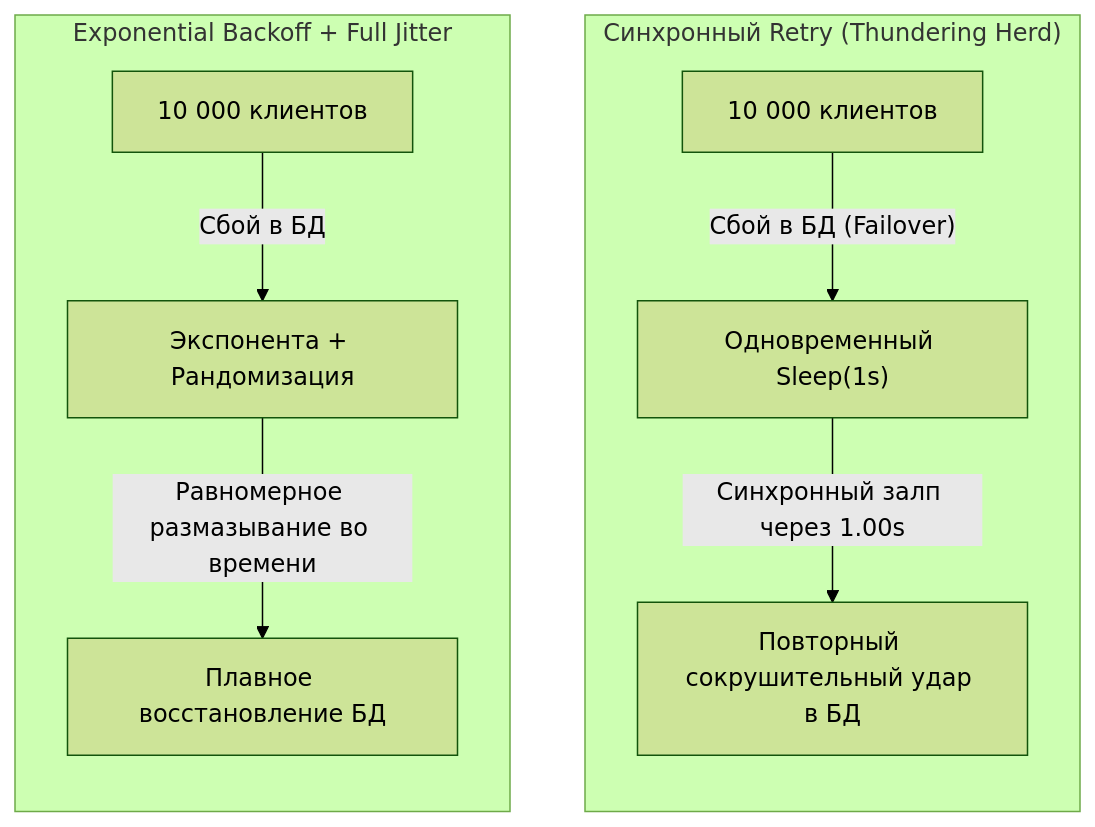
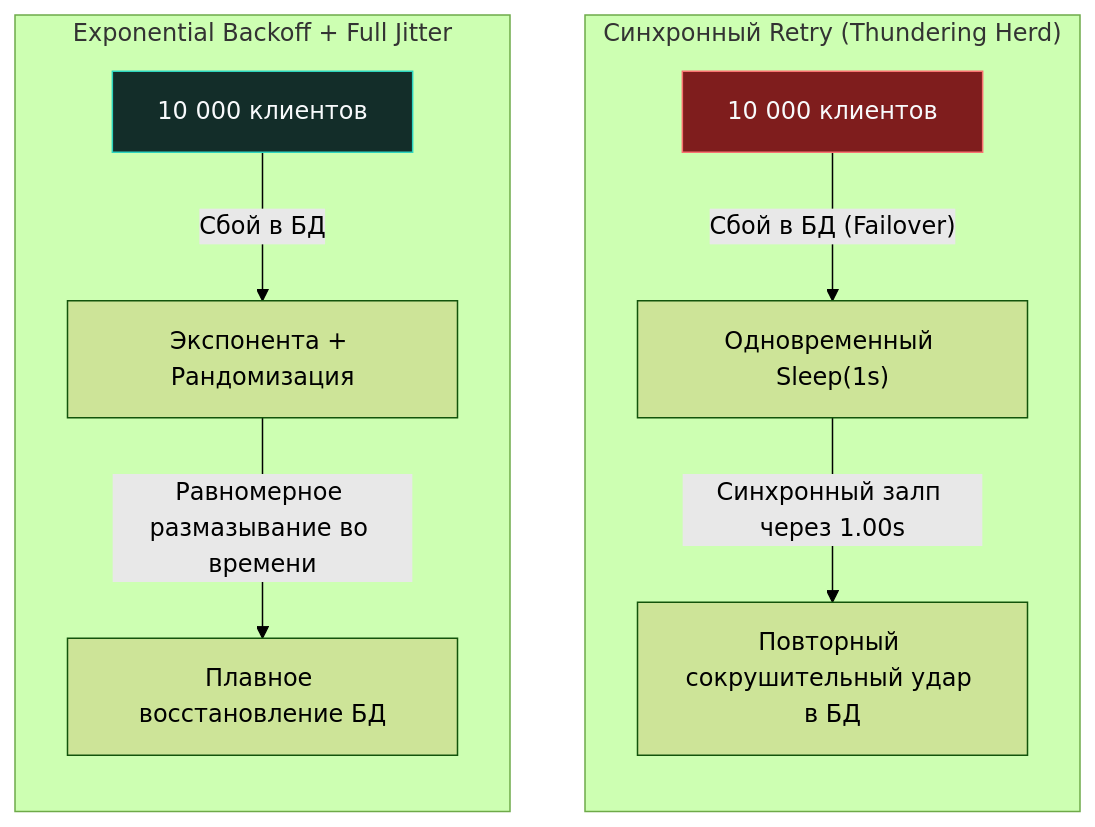
One commit to UnrealTemplier/go-textbook changed the first of 3 diagrams in sources/14. Распределенные системы на Go/05. Надежность/2. Retry и backoff.md. Above: the diagram before and after it, drawn with Mermaid (forest theme). The commit also changed other lines of this file and 1666 other files, not shown here.

First line of the commit message:
feat(mermaid): add semantic color classDef to 1369 colorless flowchart/graph diagrams

````diff
--- a/sources/14. Распределенные системы на Go/05. Надежность/2. Retry и backoff.md
+++ b/sources/14. Распределенные системы на Go/05. Надежность/2. Retry и backoff.md
@@ -11,14 +11,24 @@
 ```mermaid
 flowchart TD
+    classDef process  fill:#1e293b,stroke:#38bdf8,stroke-width:1px,color:#f8fafc
+    classDef success  fill:#064e3b,stroke:#34d399,stroke-width:1px,color:#f8fafc
+    classDef error    fill:#7f1d1d,stroke:#f87171,stroke-width:1px,color:#f8fafc
+    classDef warning  fill:#78350f,stroke:#fbbf24,stroke-width:1px,color:#f8fafc
+    classDef entry    fill:#1e3a5f,stroke:#38bdf8,stroke-width:2px,color:#f8fafc
+    classDef aux      fill:#334155,stroke:#64748b,stroke-width:1px,color:#f8fafc
+    classDef system   fill:#312e81,stroke:#a78bfa,stroke-width:1px,color:#f8fafc
+    classDef data     fill:#132d29,stroke:#2dd4bf,stroke-width:1px,color:#f8fafc
+    classDef network  fill:#881337,stroke:#fb7185,stroke-width:1px,color:#f8fafc
+    classDef accent   fill:#1e1b4b,stroke:#818cf8,stroke-width:1px,color:#f8fafc
     subgraph NaivePattern["Синхронный Retry (Thundering Herd)"]
         direction TB
-        N1["10 000 клиентов"] -->|"Сбой в БД (Failover)"| N2["Одновременный Sleep(1s)"]
+        N1["10 000 клиентов"]:::error -->|"Сбой в БД (Failover)"| N2["Одновременный Sleep(1s)"]
         N2 -->|"Синхронный залп через 1.00s"| N3["Повторный сокрушительный удар в БД"]
     end
 
     subgraph JitterPattern["Exponential Backoff + Full Jitter"]
         direction TB
-        J1["10 000 клиентов"] -->|"Сбой в БД"| J2["Экспонента + Рандомизация"]
+        J1["10 000 клиентов"]:::data -->|"Сбой в БД"| J2["Экспонента + Рандомизация"]
         J2 -->|"Равномерное размазывание во времени"| J3["Плавное восстановление БД"]
     end
 ```
````
